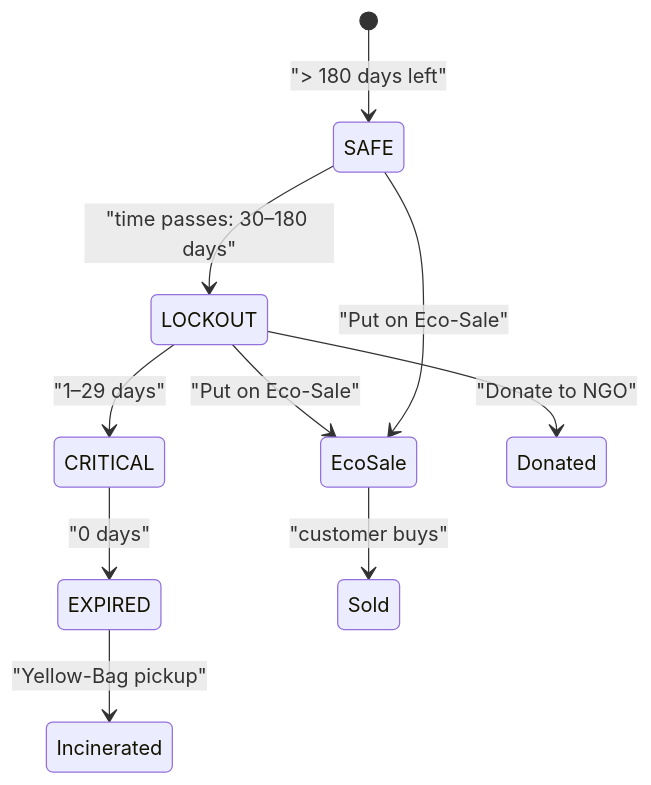
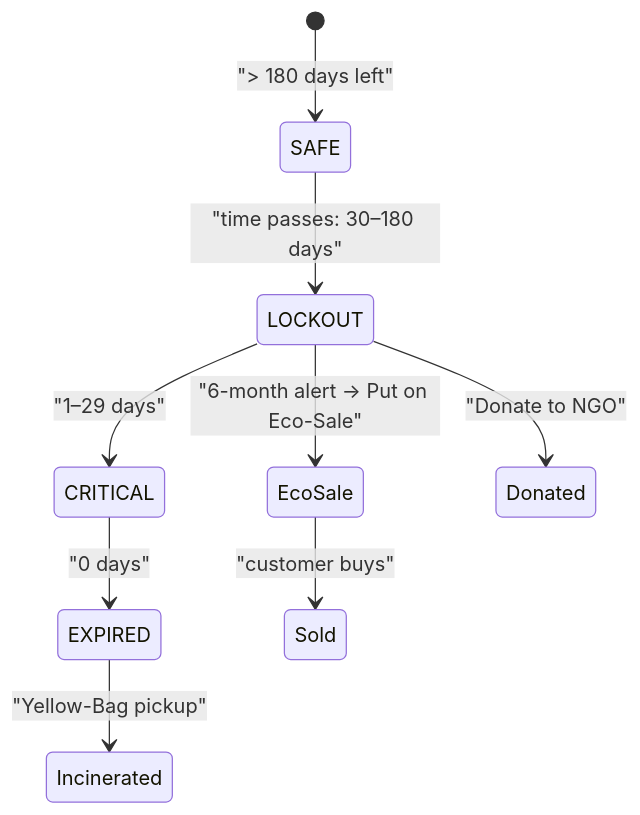
Before and after one commit to chethan-9817/pharma_flow_1: the second of 11 diagrams in WORKFLOW.md, drawn with Mermaid. The commit also changed other lines of this file and 3 other files, not shown here.

First line of the commit message:
docs: 6-month Eco-Sale alerts, the fee split and the larger store

````diff
--- a/WORKFLOW.md
+++ b/WORKFLOW.md
@@ -97,12 +97,11 @@
 ```mermaid
 stateDiagram-v2
     [*] --> SAFE: "> 180 days left"
     SAFE --> LOCKOUT: "time passes: 30–180 days"
     LOCKOUT --> CRITICAL: "1–29 days"
     CRITICAL --> EXPIRED: "0 days"
-    LOCKOUT --> EcoSale: "Put on Eco-Sale"
-    SAFE --> EcoSale: "Put on Eco-Sale"
+    LOCKOUT --> EcoSale: "6-month alert → Put on Eco-Sale"
     LOCKOUT --> Donated: "Donate to NGO"
     EXPIRED --> Incinerated: "Yellow-Bag pickup"
     EcoSale --> Sold: "customer buys"
 ```
````
